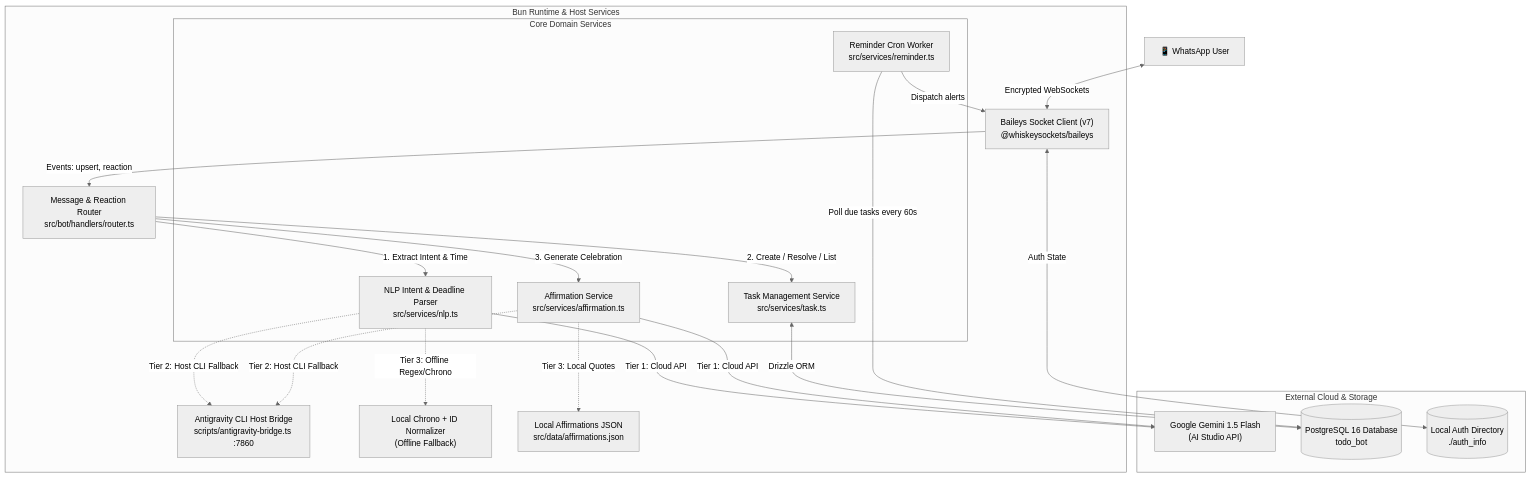
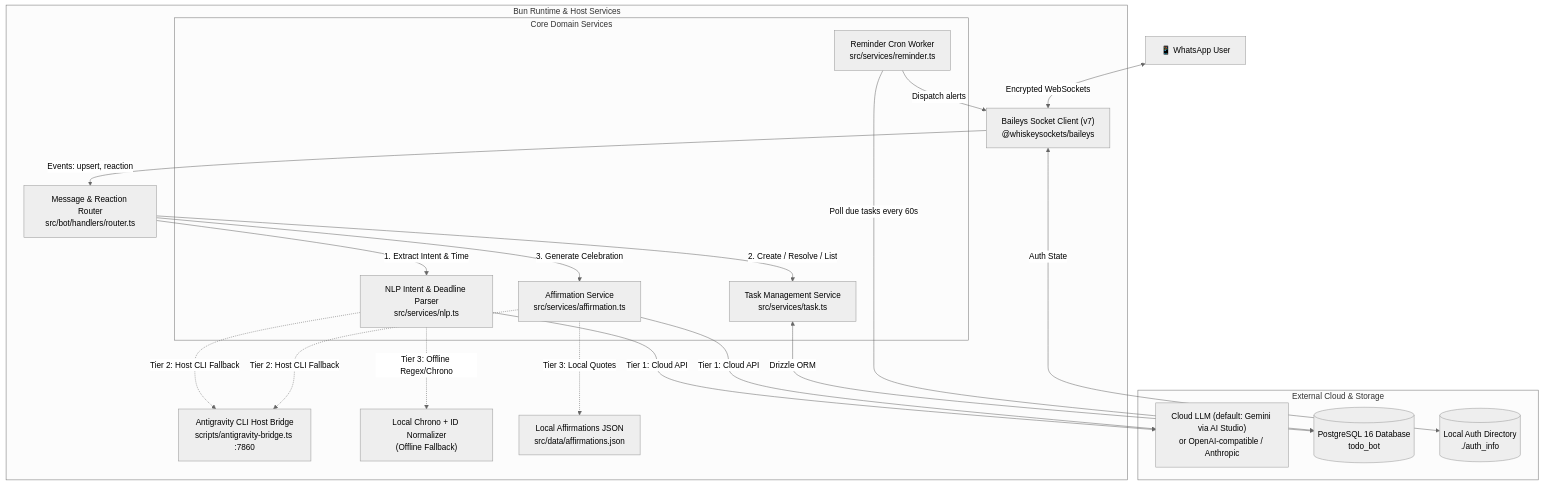
The first of 5 diagrams in docs/ARCHITECTURE.md (kevadamar/wabot-reminder), drawn with Mermaid (neutral theme) before and after one commit. The commit also changed other lines of this file and 17 other files, not shown here.

````diff
--- a/docs/ARCHITECTURE.md
+++ b/docs/ARCHITECTURE.md
@@ -11,46 +11,46 @@
 ```mermaid
 flowchart TD
     User["📱 WhatsApp User"]
     
     subgraph Host["Bun Runtime & Host Services"]
         Baileys["Baileys Socket Client (v7)<br/>@whiskeysockets/baileys"]
         Router["Message & Reaction Router<br/>src/bot/handlers/router.ts"]
         
         subgraph Services["Core Domain Services"]
             NLP["NLP Intent & Deadline Parser<br/>src/services/nlp.ts"]
             TaskSvc["Task Management Service<br/>src/services/task.ts"]
             ReminderWorker["Reminder Cron Worker<br/>src/services/reminder.ts"]
             AffirmSvc["Affirmation Service<br/>src/services/affirmation.ts"]
         end
         
         AgyBridge["Antigravity CLI Host Bridge<br/>scripts/antigravity-bridge.ts :7860"]
         LocalParser["Local Chrono + ID Normalizer<br/>(Offline Fallback)"]
         LocalQuotes["Local Affirmations JSON<br/>src/data/affirmations.json"]
     end
     
     subgraph External["External Cloud & Storage"]
-        Gemini["Google Gemini 1.5 Flash<br/>(AI Studio API)"]
+        Gemini["Cloud LLM (default: Gemini via AI Studio)<br/>or OpenAI-compatible / Anthropic"]
         Postgres[("PostgreSQL 16 Database<br/>todo_bot")]
         AuthStore[("Local Auth Directory<br/>./auth_info")]
     end
 
     User <-->|Encrypted WebSockets| Baileys
     Baileys <-->|Auth State| AuthStore
     Baileys -->|Events: upsert, reaction| Router
     
     Router -->|1. Extract Intent & Time| NLP
     NLP -->|Tier 1: Cloud API| Gemini
     NLP -.->|Tier 2: Host CLI Fallback| AgyBridge
     NLP -.->|Tier 3: Offline Regex/Chrono| LocalParser
     
     Router -->|2. Create / Resolve / List| TaskSvc
     TaskSvc <-->|Drizzle ORM| Postgres
     
     Router -->|3. Generate Celebration| AffirmSvc
     AffirmSvc -->|Tier 1: Cloud API| Gemini
     AffirmSvc -.->|Tier 2: Host CLI Fallback| AgyBridge
     AffirmSvc -.->|Tier 3: Local Quotes| LocalQuotes
     
     ReminderWorker -->|Poll due tasks every 60s| Postgres
     ReminderWorker -->|Dispatch alerts| Baileys
 ```
````
